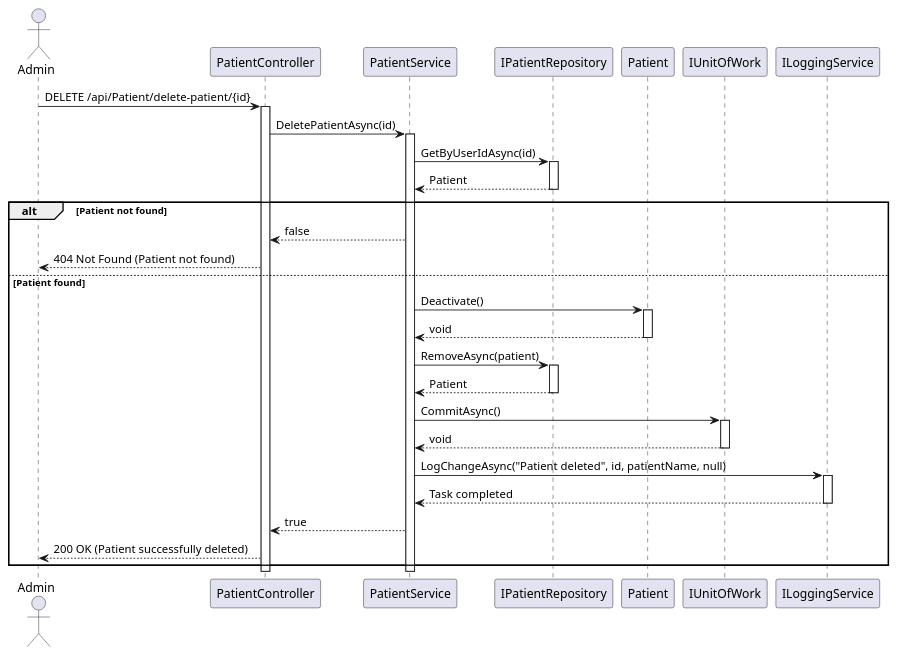
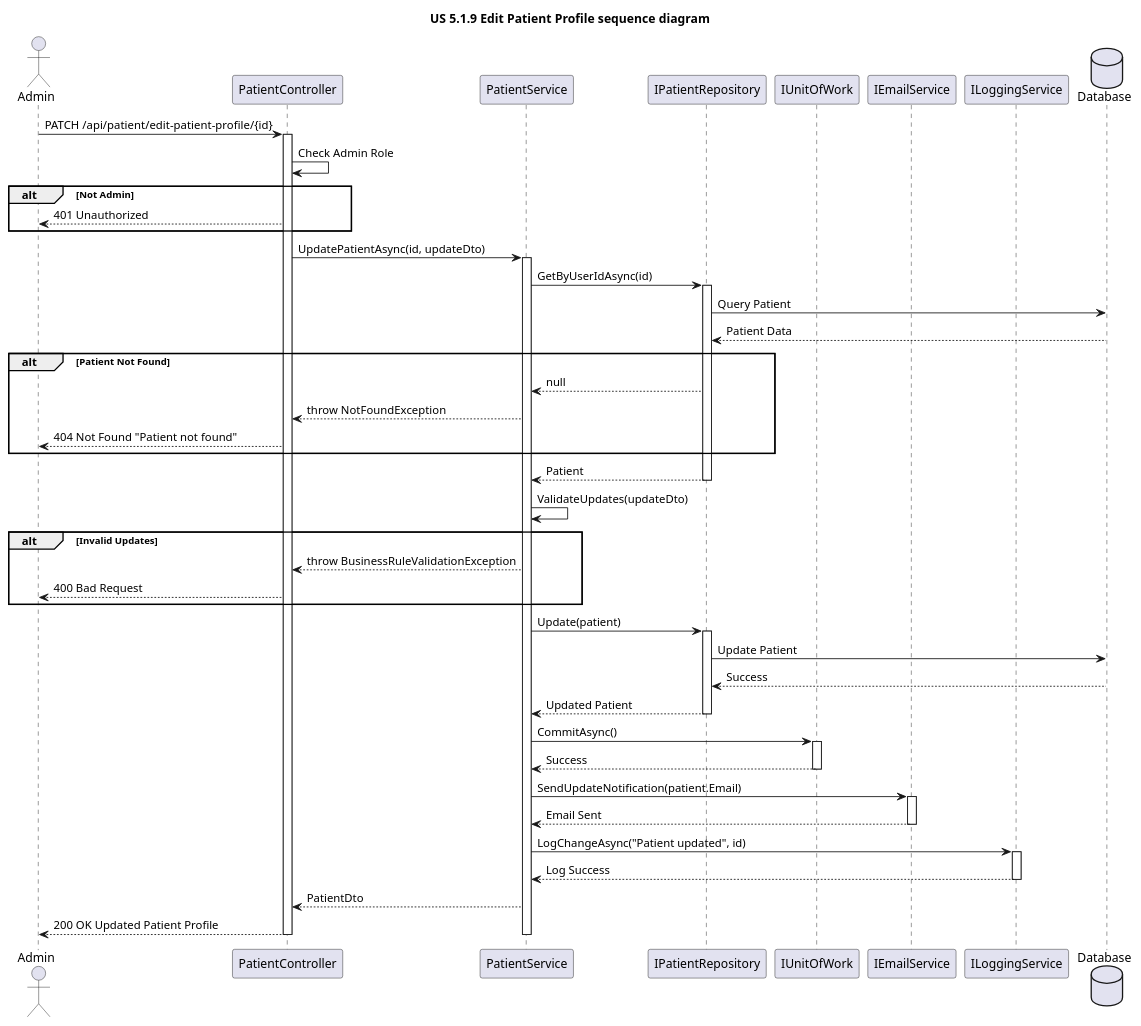
One commit to HugBar/3DC_G17 changed the diagram in docs/Sprint1/US 5.1.9/02.design/puml/sequenceDiagram.puml. Above: the diagram before and after it, drawn with PlantUML. The commit also changed 6707 other files, not shown here.

```diff
--- a/docs/Sprint1/US 5.1.9/02.design/puml/sequenceDiagram.puml
+++ b/docs/Sprint1/US 5.1.9/02.design/puml/sequenceDiagram.puml
@@ -1,51 +1,69 @@
-@startuml sequence diagram us 5.1.9
+@startuml namespace US 5.1.9 sequence diagram
+title US 5.1.9 Edit Patient Profile sequence diagram
+
 actor Admin
 participant "PatientController" as PC
 participant "PatientService" as PS
-participant "IPatientRepository" as IPR
-participant "Patient" as P
+participant "IPatientRepository" as PR
 participant "IUnitOfWork" as UOW
+participant "IEmailService" as ES
 participant "ILoggingService" as LS
+database "Database" as DB
 
-Admin -> PC: DELETE /api/Patient/delete-patient/{id}
+Admin -> PC: PATCH /api/patient/edit-patient-profile/{id}
 activate PC
 
-PC -> PS: DeletePatientAsync(id)
+PC -> PC: Check Admin Role
+alt Not Admin
+    PC --> Admin: 401 Unauthorized
+end
+
+PC -> PS: UpdatePatientAsync(id, updateDto)
 activate PS
 
-PS -> IPR: GetByUserIdAsync(id)
-activate IPR
-IPR --> PS: Patient
-deactivate IPR
+PS -> PR: GetByUserIdAsync(id)
+activate PR
+PR -> DB: Query Patient
+DB --> PR: Patient Data
+alt Patient Not Found
+    PR --> PS: null
+    PS --> PC: throw NotFoundException
+    PC --> Admin: 404 Not Found "Patient not found"
+end
+PR --> PS: Patient
+deactivate PR
 
-alt Patient not found
-    PS --> PC: false
-    PC --> Admin: 404 Not Found (Patient not found)
-else Patient found
-    PS -> P: Deactivate()
-    activate P
-    P --> PS: void
-    deactivate P
+PS -> PS: ValidateUpdates(updateDto)
+alt Invalid Updates
+    PS --> PC: throw BusinessRuleValidationException
+    PC --> Admin: 400 Bad Request
+end
 
-    PS -> IPR: RemoveAsync(patient)
-    activate IPR
-    IPR --> PS: Patient
-    deactivate IPR
+PS -> PR: Update(patient)
+activate PR
+PR -> DB: Update Patient
+DB --> PR: Success
+PR --> PS: Updated Patient
+deactivate PR
 
-    PS -> UOW: CommitAsync()
-    activate UOW
-    UOW --> PS: void
-    deactivate UOW
+PS -> UOW: CommitAsync()
+activate UOW
+UOW --> PS: Success
+deactivate UOW
 
-    PS -> LS: LogChangeAsync("Patient deleted", id, patientName, null)
-    activate LS
-    LS --> PS: Task completed
-    deactivate LS
+PS -> ES: SendUpdateNotification(patient.Email)
+activate ES
+ES --> PS: Email Sent
+deactivate ES
 
-    PS --> PC: true
-    PC --> Admin: 200 OK (Patient successfully deleted)
-end
+PS -> LS: LogChangeAsync("Patient updated", id)
+activate LS
+LS --> PS: Log Success
+deactivate LS
+
+PS --> PC: PatientDto
+PC --> Admin: 200 OK Updated Patient Profile
 
 deactivate PS
 deactivate PC
 @enduml
```
